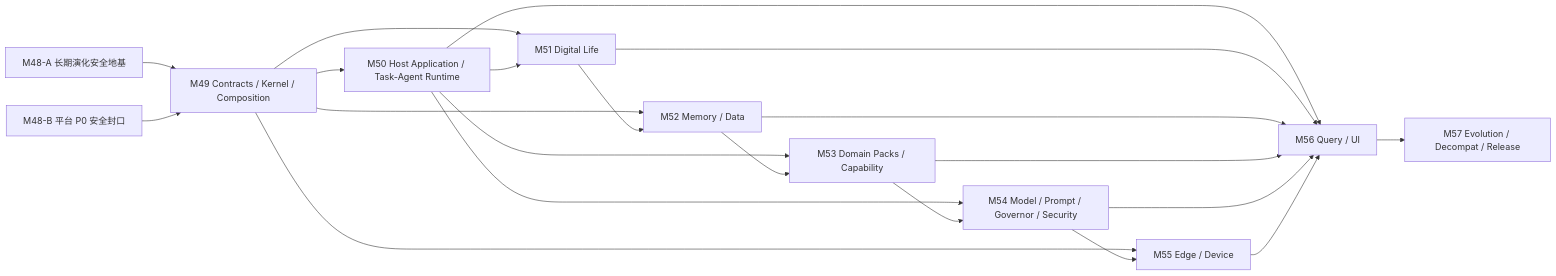
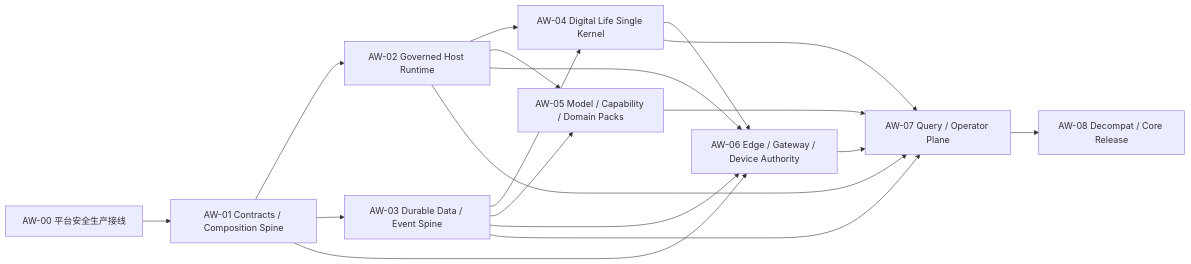
One commit to SakuraYoruno/Natsume_Ai changed the second of 2 diagrams in docs/30_devspec/NATSUME_AI_V1_FULL_ARCHITECTURE_REFACTOR_MASTER_EXECUTION_20260710.md. Above: the diagram before and after it, drawn with Mermaid. The commit also changed other lines of this file and 7 other files, not shown here.

Commit message:
docs(architecture): replace microtasks with wave execution

````diff
--- a/docs/30_devspec/NATSUME_AI_V1_FULL_ARCHITECTURE_REFACTOR_MASTER_EXECUTION_20260710.md
+++ b/docs/30_devspec/NATSUME_AI_V1_FULL_ARCHITECTURE_REFACTOR_MASTER_EXECUTION_20260710.md
@@ -198,23 +123,20 @@
-~~~mermaid
+```mermaid
 flowchart LR
-    A["M48-A 长期演化安全地基"] --> C["M49 Contracts / Kernel / Composition"]
-    B["M48-B 平台 P0 安全封口"] --> C
-    C --> D["M50 Host Application / Task-Agent Runtime"]
-    C --> E["M51 Digital Life"]
-    D --> E
-    C --> F["M52 Memory / Data"]
-    E --> F
-    D --> G["M53 Domain Packs / Capability"]
-    F --> G
-    D --> H["M54 Model / Prompt / Governor / Security"]
-    G --> H
-    C --> I["M55 Edge / Device"]
-    H --> I
-    D --> J["M56 Query / UI"]
-    E --> J
-    F --> J
-    G --> J
-    H --> J
-    I --> J
-    J --> K["M57 Evolution / Decompat / Release"]
-~~~
+    W0["AW-00 平台安全生产接线"] --> W1["AW-01 Contracts / Composition Spine"]
+    W1 --> W2["AW-02 Governed Host Runtime"]
+    W1 --> W3["AW-03 Durable Data / Event Spine"]
+    W2 --> W4["AW-04 Digital Life Single Kernel"]
+    W3 --> W4
+    W2 --> W5["AW-05 Model / Capability / Domain Packs"]
+    W3 --> W5
+    W1 --> W6["AW-06 Edge / Gateway / Device Authority"]
+    W2 --> W6
+    W3 --> W6
+    W4 --> W6
+    W2 --> W7["AW-07 Query / Operator Plane"]
+    W3 --> W7
+    W4 --> W7
+    W5 --> W7
+    W6 --> W7
+    W7 --> W8["AW-08 Decompat / Core Release"]
+```
````
